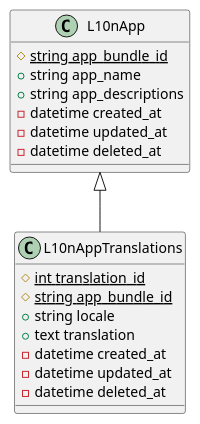
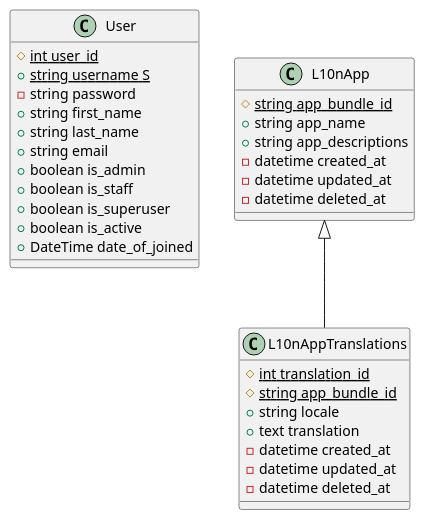
Before and after one commit to tra007/l10n-dev-tools-server: the diagram in docs/design/model.puml, drawn with PlantUML. The commit also changed 1 other file, not shown here.

```diff
--- a/docs/design/model.puml
+++ b/docs/design/model.puml
@@ -1,24 +1,38 @@
 @startuml L10nDesignModel
+
+class User {
+    # int user_id {classifier}
+    + string username {classifier}S
+    - string password
+    + string first_name
+    + string last_name
+    + string email
+    + boolean is_admin
+    + boolean is_staff
+    + boolean is_superuser
+    + boolean is_active
+    + DateTime date_of_joined
+}
 
 class L10nApp {
  # string app_bundle_id {classifier}
  + string app_name
  + string app_descriptions
  - datetime created_at
  - datetime updated_at
  - datetime deleted_at
 }
 
 class L10nAppTranslations {
  # int translation_id {classifier}
  # string app_bundle_id {classifier}
  + string locale
  + text translation
  - datetime created_at
  - datetime updated_at
  - datetime deleted_at
 }
 
 L10nApp <|-- L10nAppTranslations
 
 @enduml
```
